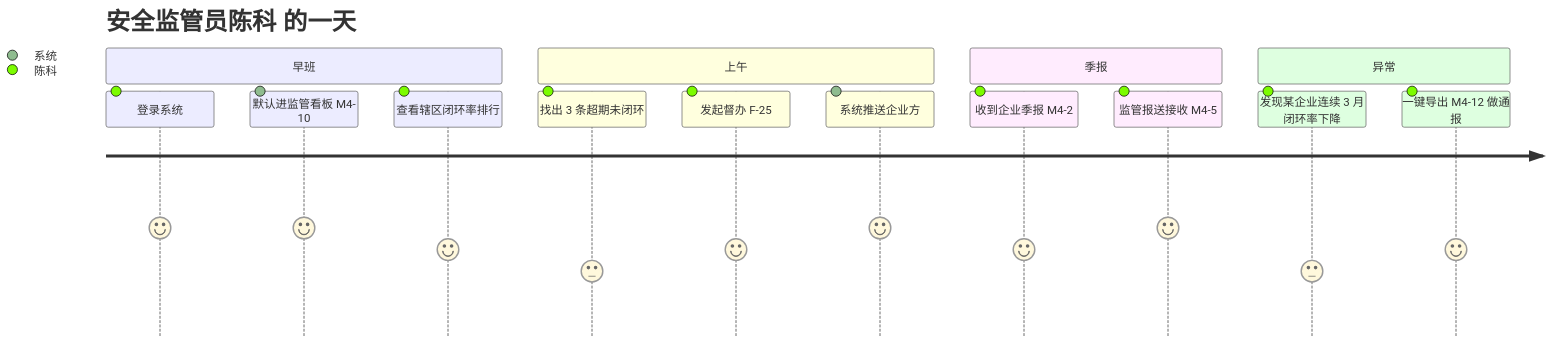
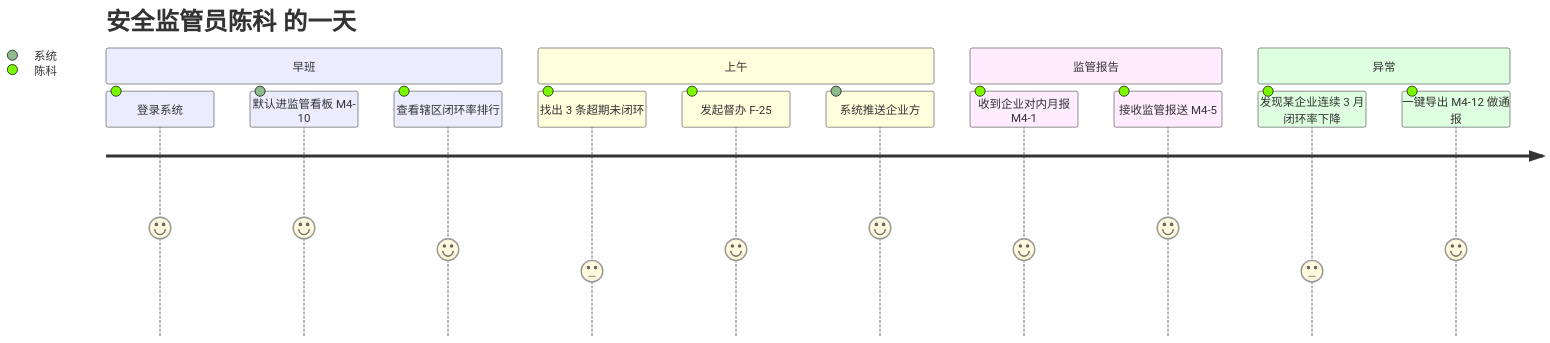
The eighth of 8 diagrams in docs/隐患管理/biz-design-大纲.md (LiSunny/SaaS_Demo), drawn with Mermaid before and after one commit. The commit also changed other lines of this file and 5 other files, not shown here.

````diff
--- a/docs/隐患管理/biz-design-大纲.md
+++ b/docs/隐患管理/biz-design-大纲.md
@@ -554,18 +555,18 @@
 ```mermaid
 journey
     title 安全监管员陈科 的一天
     section 早班
       登录系统: 5: 陈科
       默认进监管看板 M4-10: 5: 系统
       查看辖区闭环率排行: 4: 陈科
     section 上午
       找出 3 条超期未闭环: 3: 陈科
       发起督办 F-25: 4: 陈科
       系统推送企业方: 5: 系统
-    section 季报
-      收到企业季报 M4-2: 4: 陈科
-      监管报送接收 M4-5: 5: 陈科
+    section 监管报告
+      收到企业对内月报 M4-1: 4: 陈科
+      接收监管报送 M4-5: 5: 陈科
     section 异常
       发现某企业连续 3 月闭环率下降: 3: 陈科
       一键导出 M4-12 做通报: 4: 陈科
 ```
````
